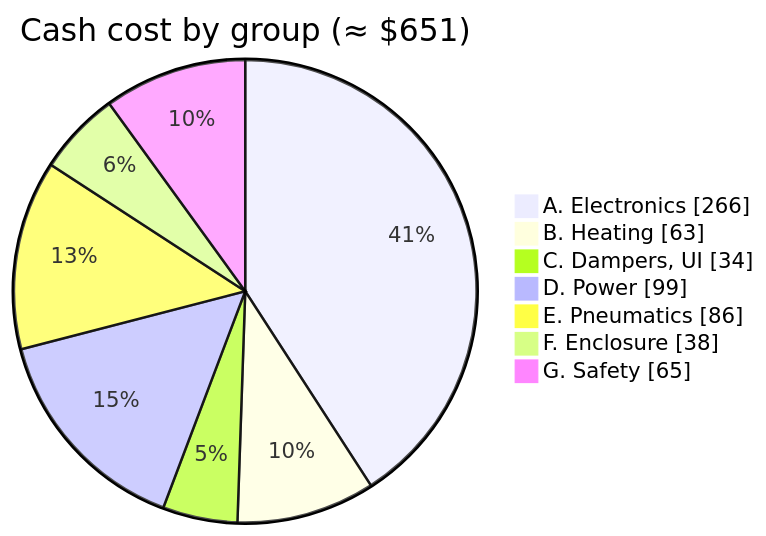
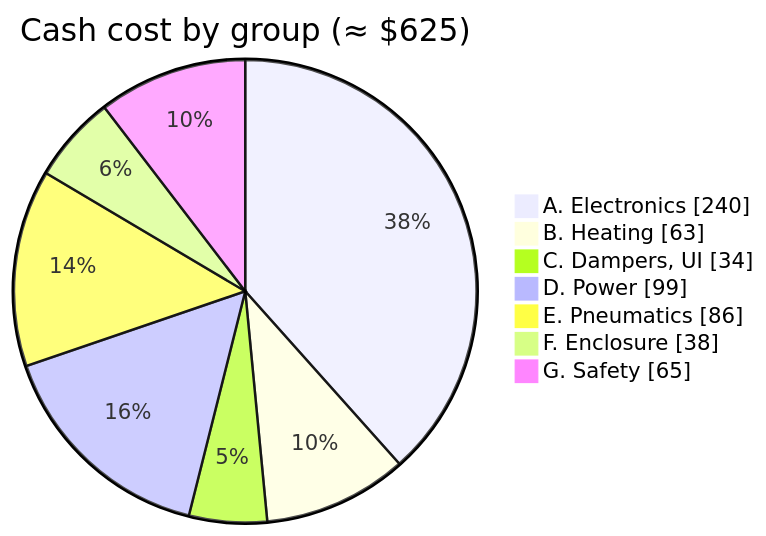
One commit to BashfulBits/3dp-fleet-exhaust changed the diagram in docs/03_bill_of_materials.md. Above: the diagram before and after it, drawn with Mermaid. The commit also changed other lines of this file and 10 other files, not shown here.

````diff
--- a/docs/03_bill_of_materials.md
+++ b/docs/03_bill_of_materials.md
@@ -28,11 +28,11 @@
 ```mermaid
 pie showData
-  title Cash cost by group (≈ $651)
-  "A. Electronics" : 266
+  title Cash cost by group (≈ $625)
+  "A. Electronics" : 240
   "B. Heating" : 63
   "C. Dampers, UI" : 34
   "D. Power" : 99
   "E. Pneumatics" : 86
   "F. Enclosure" : 38
   "G. Safety" : 65
 ```
````
